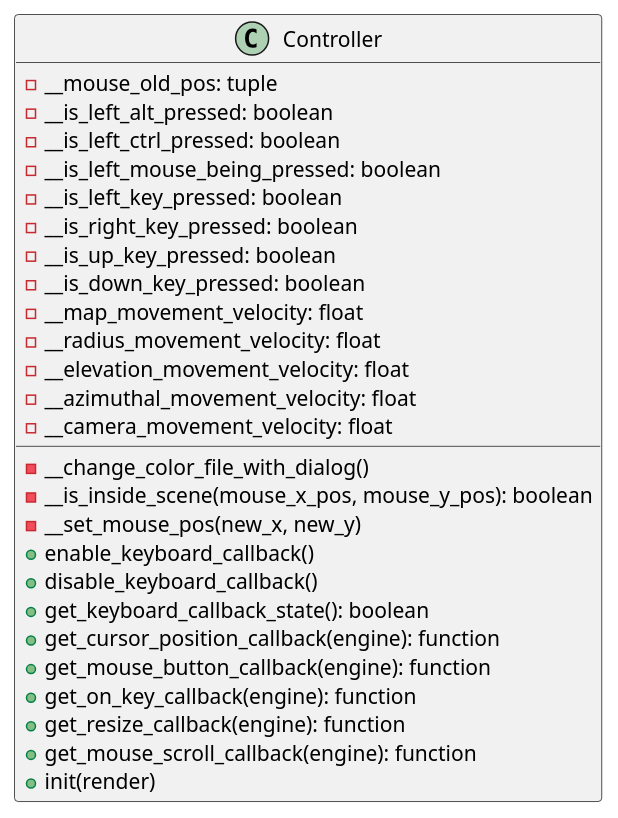
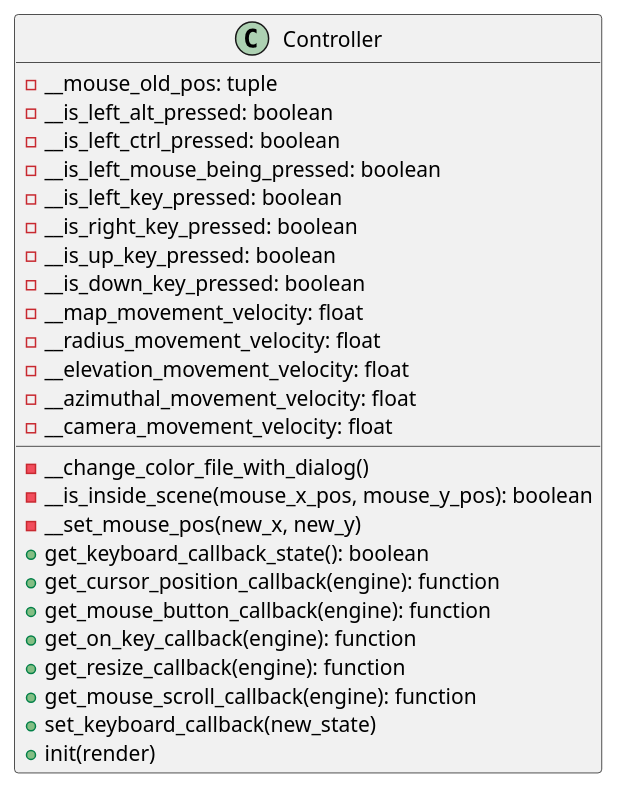
One commit to ferpoble2/Relief_Creator changed the diagram in docs/classes/Controller.puml. Above: the diagram before and after it, drawn with PlantUML. The commit also changed 11 other files, not shown here.

First line of the commit message:
Changed enable/disable method to set.

```diff
--- a/docs/classes/Controller.puml
+++ b/docs/classes/Controller.puml
@@ -1,31 +1,30 @@
 @startuml
 class Controller {
     - __mouse_old_pos: tuple
     - __is_left_alt_pressed: boolean
     - __is_left_ctrl_pressed: boolean
     - __is_left_mouse_being_pressed: boolean
     - __is_left_key_pressed: boolean
     - __is_right_key_pressed: boolean
     - __is_up_key_pressed: boolean
     - __is_down_key_pressed: boolean
     - __map_movement_velocity: float
     - __radius_movement_velocity: float
     - __elevation_movement_velocity: float
     - __azimuthal_movement_velocity: float
     - __camera_movement_velocity: float
 
 
     - __change_color_file_with_dialog()
     - __is_inside_scene(mouse_x_pos, mouse_y_pos): boolean
     - __set_mouse_pos(new_x, new_y)
-    + enable_keyboard_callback()
-    + disable_keyboard_callback()
     + get_keyboard_callback_state(): boolean
     + get_cursor_position_callback(engine): function
     + get_mouse_button_callback(engine): function
     + get_on_key_callback(engine): function
     + get_resize_callback(engine): function
     + get_mouse_scroll_callback(engine): function
+    + set_keyboard_callback(new_state)
     + init(render)
 }
 @enduml
```
